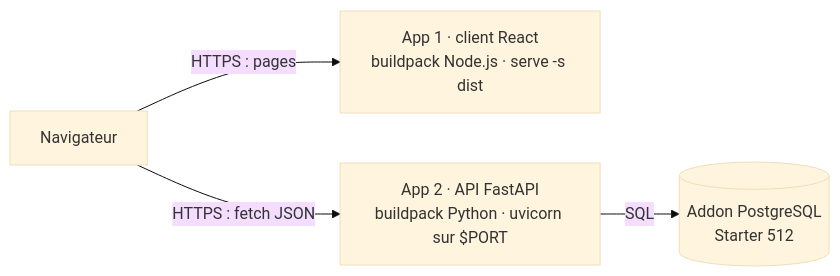
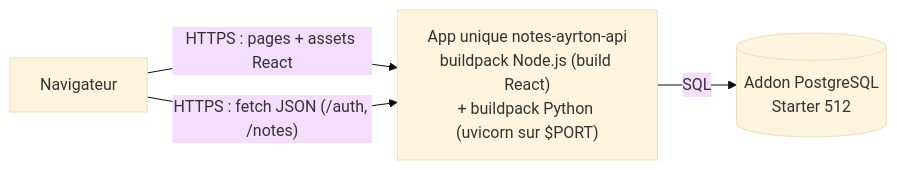
One commit to AyrtonBBL/AyrtonBBL-tp-scalingo changed the diagram in README.md. Above: the diagram before and after it, drawn with Mermaid (base theme). The commit also changed other lines of this file and 10 other files, not shown here.

First line of the commit message:
Variante une seule app : l'API sert le build React (.buildpacks Node.js + Python)

````diff
--- a/README.md
+++ b/README.md
@@ -15,6 +15,6 @@
 ```mermaid
 flowchart LR
-    U[Navigateur] -- HTTPS : pages --> C["App 1 · client React<br/>buildpack Node.js · serve -s dist"]
-    U -- HTTPS : fetch JSON --> A["App 2 · API FastAPI<br/>buildpack Python · uvicorn sur $PORT"]
+    U[Navigateur] -- "HTTPS : pages + assets React" --> A
+    U -- "HTTPS : fetch JSON (/auth, /notes)" --> A["App unique notes-ayrton-api<br/>buildpack Node.js (build React)<br/>+ buildpack Python (uvicorn sur $PORT)"]
     A -- SQL --> D[("Addon PostgreSQL<br/>Starter 512")]
 ```
````
